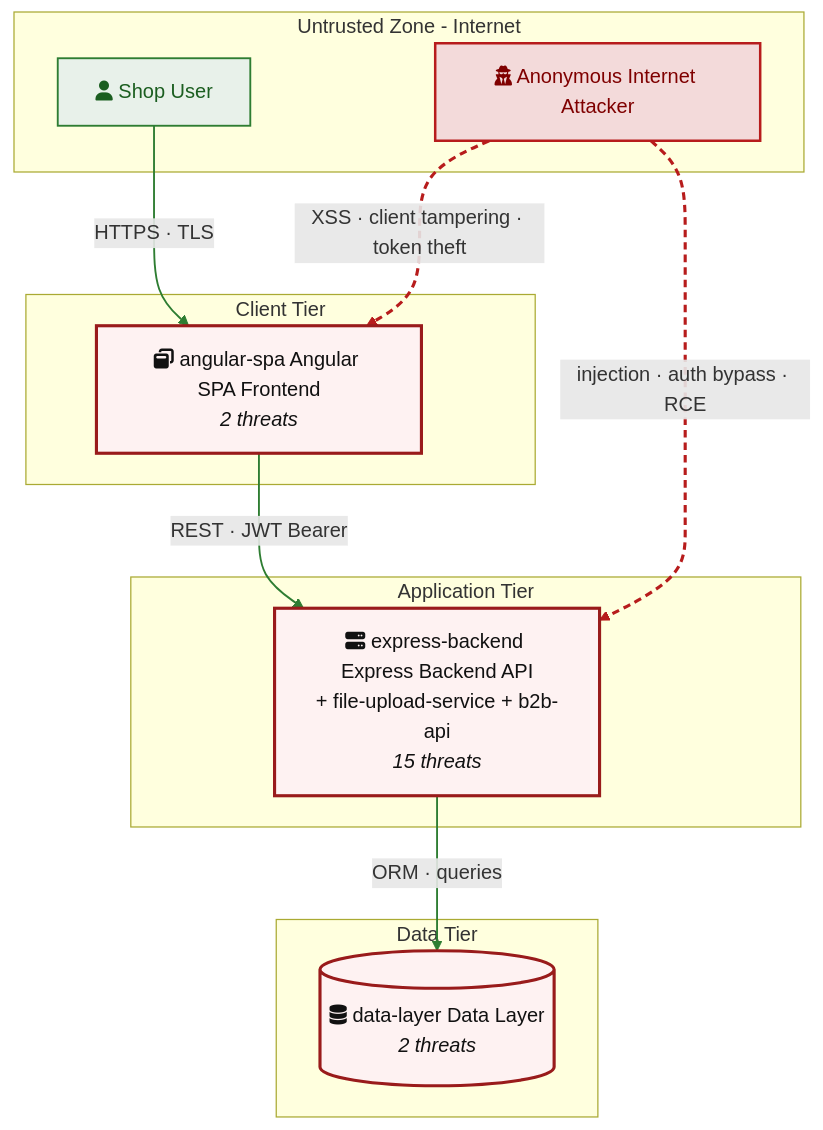
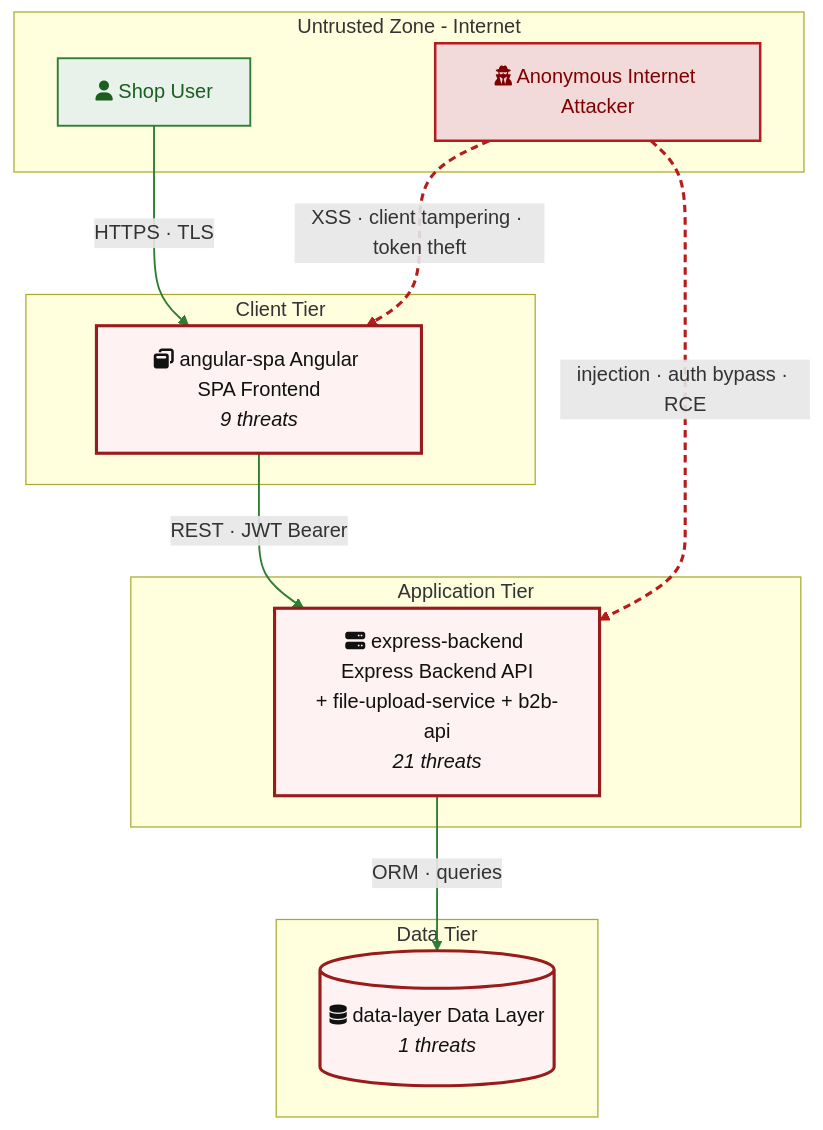
Before and after one commit to appsec-foundry/appsec-advisor: the sixth of 18 diagrams in examples/threat-modeler/threat-model-juice-shop-standard.md, drawn with Mermaid. The commit also changed other lines of this file and 44 other files, not shown here.

````diff
--- a/examples/threat-modeler/threat-model-juice-shop-standard.md
+++ b/examples/threat-modeler/threat-model-juice-shop-standard.md
@@ -416,28 +411,28 @@
 ```mermaid
 flowchart TD
     subgraph EXT["Untrusted Zone - Internet"]
         INTERNET_ANON["fa:fa-user-secret Anonymous Internet Attacker"]:::threat
         VICTIM_REQUIRED["fa:fa-user Shop User"]:::legit
     end
     subgraph CLIENT["Client Tier"]
-        angular_spa["fa:fa-window-restore angular-spa Angular SPA Frontend<br/><i>2 threats</i>"]:::risk
+        angular_spa["fa:fa-window-restore angular-spa Angular SPA Frontend<br/><i>9 threats</i>"]:::risk
     end
     subgraph APP["Application Tier"]
-        express_backend["fa:fa-server express-backend Express Backend API<br/>+ file-upload-service + b2b-api<br/><i>15 threats</i>"]:::risk
+        express_backend["fa:fa-server express-backend Express Backend API<br/>+ file-upload-service + b2b-api<br/><i>21 threats</i>"]:::risk
     end
     subgraph DATA["Data Tier"]
-        data_layer[("fa:fa-database data-layer Data Layer<br/><i>2 threats</i>")]:::risk
+        data_layer[("fa:fa-database data-layer Data Layer<br/><i>1 threats</i>")]:::risk
     end
     VICTIM_REQUIRED -->|"HTTPS · TLS"| angular_spa
     angular_spa -->|"REST · JWT Bearer"| express_backend
     express_backend -->|"ORM · queries"| data_layer
     INTERNET_ANON -.->|"injection · auth bypass · RCE"| express_backend
     INTERNET_ANON -.->|"XSS · client tampering · token theft"| angular_spa
 
     classDef legit fill:#e8f1ea,stroke:#2e7d32,color:#1b5e20,stroke-width:1.5px
     classDef threat fill:#f3dada,stroke:#b71c1c,color:#7f0000,stroke-width:2px
     classDef external fill:#f2f2f2,stroke:#424242,color:#212121,stroke-width:1.5px
     classDef risk fill:#fef2f2,stroke:#991b1b,color:#111,stroke-width:2.5px
     linkStyle 0,1,2 stroke:#2e7d32,stroke-width:1.5px
     linkStyle 3,4 stroke:#b71c1c,stroke-width:2.5px,stroke-dasharray:6 4
 ```
````
